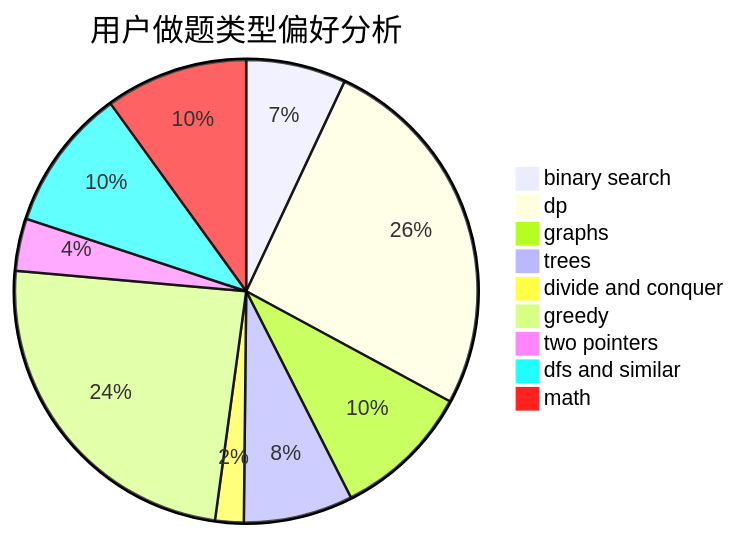
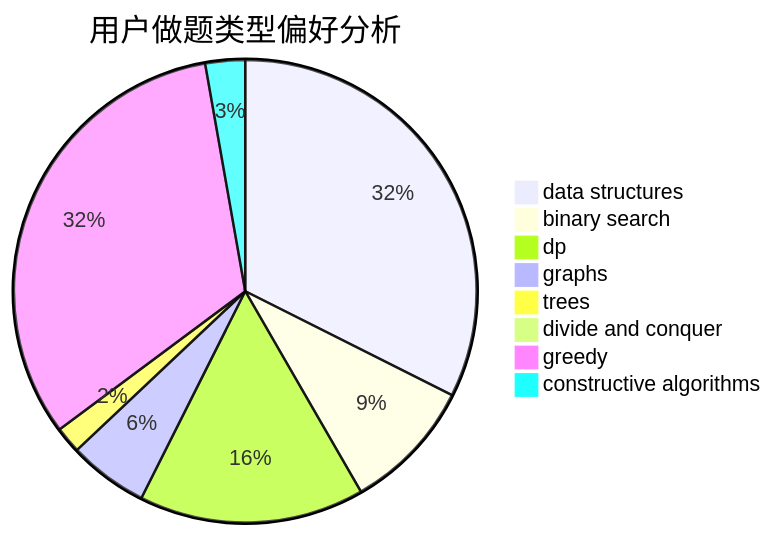
Before and after one commit to sherpahu/cfrs.github.io: the second of 3 diagrams in docs/user/u1205.md, drawn with Mermaid. The commit also changed other lines of this file and 2775 other files, not shown here.

````diff
--- a/docs/user/u1205.md
+++ b/docs/user/u1205.md
@@ -23,12 +23,11 @@
 ```mermaid
 pie title 用户做题类型偏好分析
-    "binary search" :  21
-    "dp" :  78
-    "graphs" :  29
-    "trees" :  23
-    "divide and conquer" :  6
-    "greedy" :  73
-    "two pointers" :  11
-    "dfs and similar" :  30
-    "math" :  30
+    "data structures" :  35
+    "binary search" :  10
+    "dp" :  17
+    "graphs" :  6
+    "trees" :  2
+    "divide and conquer" :  0
+    "greedy" :  35
+    "constructive algorithms" :  3
 ```
````
